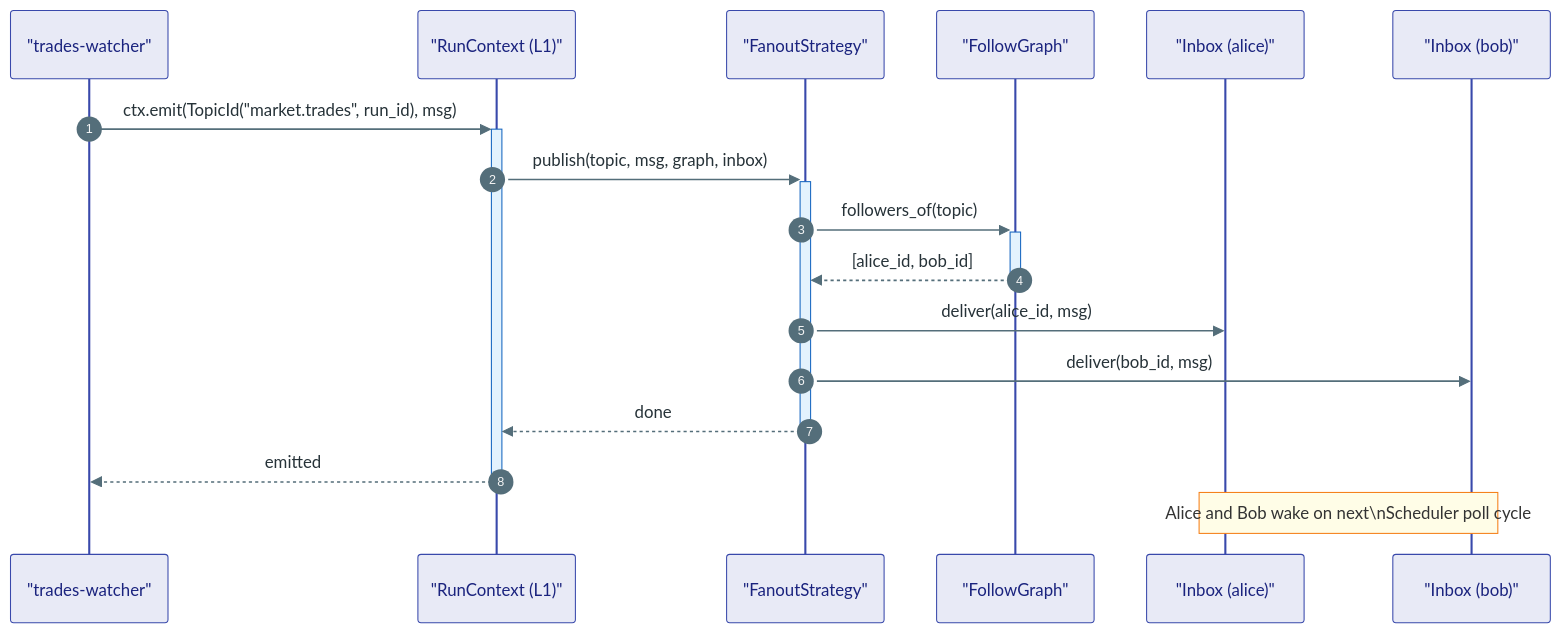
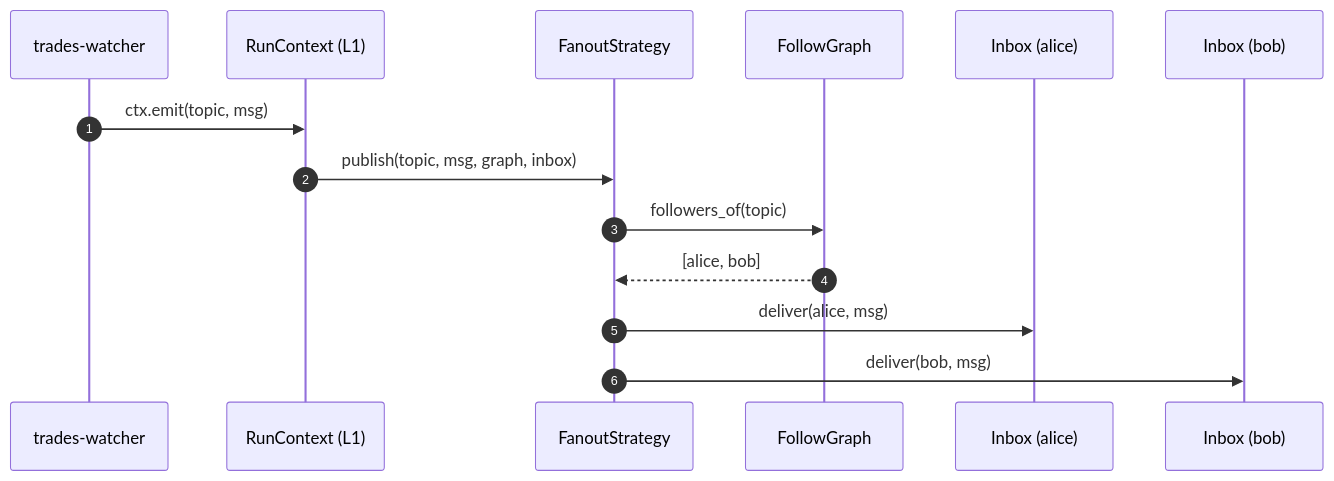
The fifth of 5 diagrams in agents/agent-substrate/docs/kernel/07-runtime.md (Ravikumarchavva/agent-substrate), drawn with Mermaid before and after one commit. The commit also changed other lines of this file and 11 other files, not shown here.

Commit message:
docs: refactor architecture documentation and update diagrams across the kernel module.

````diff
--- a/agents/agent-substrate/docs/kernel/07-runtime.md
+++ b/agents/agent-substrate/docs/kernel/07-runtime.md
@@ -310,25 +220,17 @@
 ```mermaid
-%%{init: {'theme': 'base', 'themeVariables': {'actorBkg': '#E8EAF6','actorBorder': '#3949AB','actorTextColor': '#1A237E','activationBkgColor': '#E3F2FD','activationBorderColor': '#1565C0','noteBkgColor': '#FFFDE7','noteBorderColor': '#F57F17','signalColor': '#546E7A','signalTextColor': '#263238','fontSize': '13px'}}}%%
 sequenceDiagram
     autonumber
-    participant InfoAgent as "trades-watcher"
-    participant RunCtx as "RunContext (L1)"
-    participant Fanout as "FanoutStrategy"
-    participant Graph as "FollowGraph"
-    participant InboxA as "Inbox (alice)"
-    participant InboxB as "Inbox (bob)"
+    participant Watcher as trades-watcher
+    participant RunCtx as RunContext (L1)
+    participant Fanout as FanoutStrategy
+    participant Graph as FollowGraph
+    participant InboxA as Inbox (alice)
+    participant InboxB as Inbox (bob)
 
-    InfoAgent->>+RunCtx: ctx.emit(TopicId("market.trades", run_id), msg)
-    RunCtx->>+Fanout: publish(topic, msg, graph, inbox)
-
-    Fanout->>+Graph: followers_of(topic)
-    Graph-->>-Fanout: [alice_id, bob_id]
-
-    Fanout->>InboxA: deliver(alice_id, msg)
-    Fanout->>InboxB: deliver(bob_id, msg)
-
-    Fanout-->>-RunCtx: done
-    RunCtx-->>-InfoAgent: emitted
-
-    note over InboxA,InboxB: Alice and Bob wake on next\nScheduler poll cycle
+    Watcher->>RunCtx: ctx.emit(topic, msg)
+    RunCtx->>Fanout: publish(topic, msg, graph, inbox)
+    Fanout->>Graph: followers_of(topic)
+    Graph-->>Fanout: [alice, bob]
+    Fanout->>InboxA: deliver(alice, msg)
+    Fanout->>InboxB: deliver(bob, msg)
 ```
````
